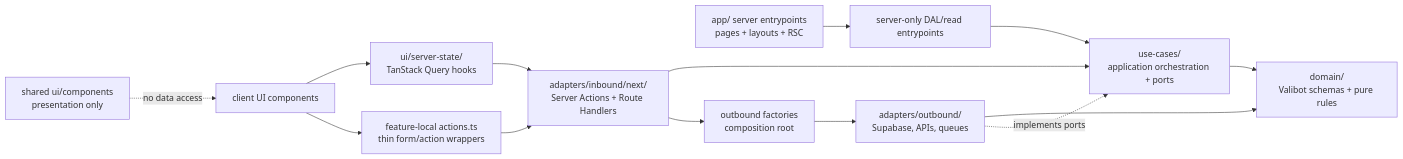
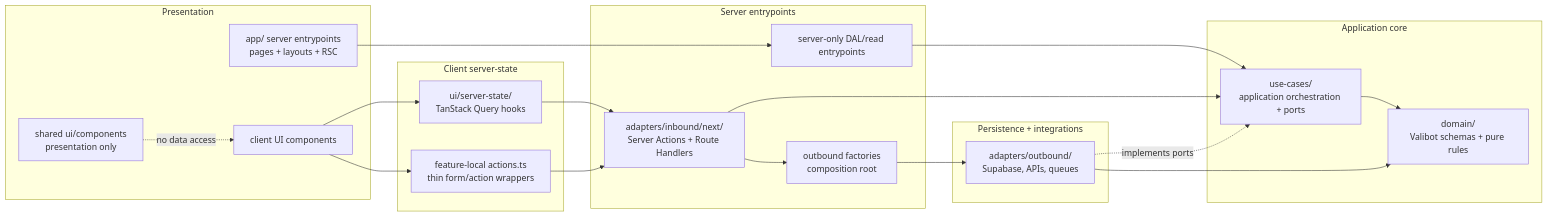
Before and after one commit to clicktronix/nextjs-clean-skills: the first of 6 diagrams in docs/architecture-contract.md, drawn with Mermaid. The commit also changed other lines of this file and 2 other files, not shown here.

````diff
--- a/docs/architecture-contract.md
+++ b/docs/architecture-contract.md
@@ -17,16 +24,38 @@
 ```mermaid
 flowchart LR
-  RSC["app/ server entrypoints\npages + layouts + RSC"] --> DAL["server-only DAL/read entrypoints"]
-  ClientUI["client UI components"] --> ServerState["ui/server-state/\nTanStack Query hooks"]
-  ClientUI --> LocalActions["feature-local actions.ts\nthin form/action wrappers"]
-  SharedUI["shared ui/components\npresentation only"] -. "no data access" .-> ClientUI
-  ServerState --> Inbound["adapters/inbound/next/\nServer Actions + Route Handlers"]
+  subgraph Presentation["Presentation"]
+    RSC["app/ server entrypoints\npages + layouts + RSC"]
+    ClientUI["client UI components"]
+    SharedUI["shared ui/components\npresentation only"]
+  end
+  subgraph ClientServerBridge["Client server-state"]
+    ServerState["ui/server-state/\nTanStack Query hooks"]
+    LocalActions["feature-local actions.ts\nthin form/action wrappers"]
+  end
+  subgraph Server["Server entrypoints"]
+    DAL["server-only DAL/read entrypoints"]
+    Inbound["adapters/inbound/next/\nServer Actions + Route Handlers"]
+    OutboundFactories["outbound factories\ncomposition root"]
+  end
+  subgraph Application["Application core"]
+    UseCases["use-cases/\napplication orchestration + ports"]
+    Domain["domain/\nValibot schemas + pure rules"]
+  end
+  subgraph Persistence["Persistence + integrations"]
+    Outbound["adapters/outbound/\nSupabase, APIs, queues"]
+  end
+
+  RSC --> DAL
+  ClientUI --> ServerState
+  ClientUI --> LocalActions
+  SharedUI -. "no data access" .-> ClientUI
+  ServerState --> Inbound
   LocalActions --> Inbound
-  DAL --> UseCases["use-cases/\napplication orchestration + ports"]
+  DAL --> UseCases
   Inbound --> UseCases
-  Inbound --> OutboundFactories["outbound factories\ncomposition root"]
-  OutboundFactories --> Outbound["adapters/outbound/\nSupabase, APIs, queues"]
-  Outbound --> Domain["domain/\nValibot schemas + pure rules"]
+  Inbound --> OutboundFactories
+  OutboundFactories --> Outbound
   UseCases --> Domain
-  Outbound -. implements ports .-> UseCases
+  Outbound --> Domain
+  Outbound -. "implements ports" .-> UseCases
 ```
````
